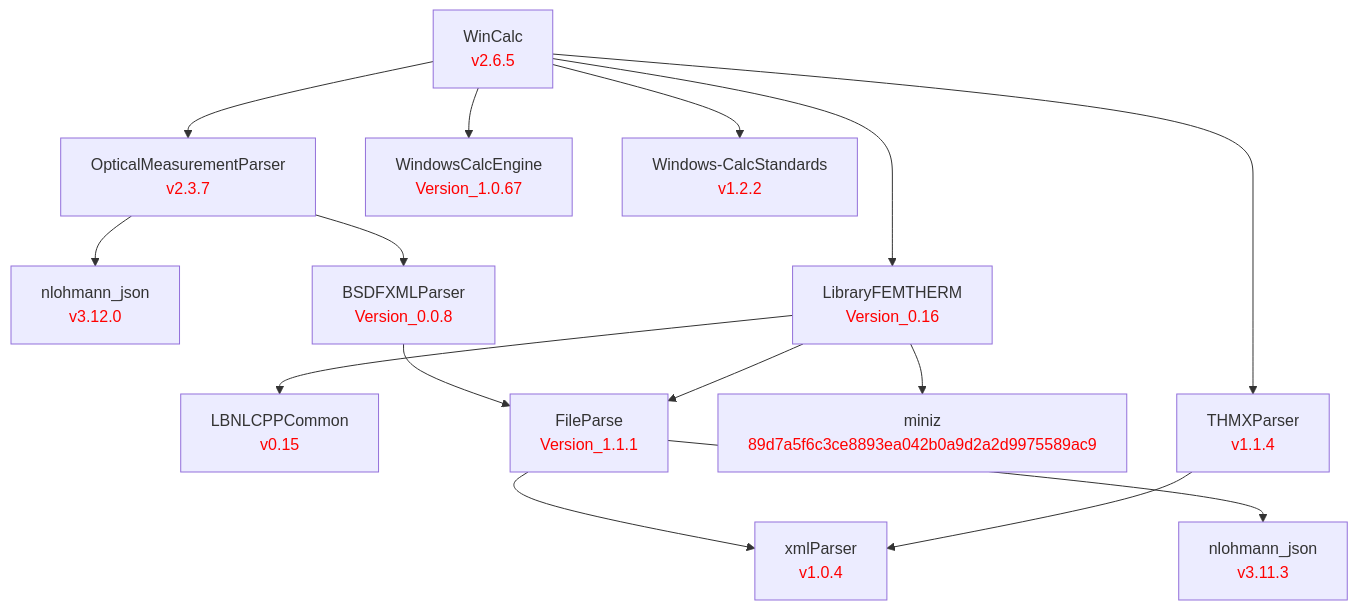
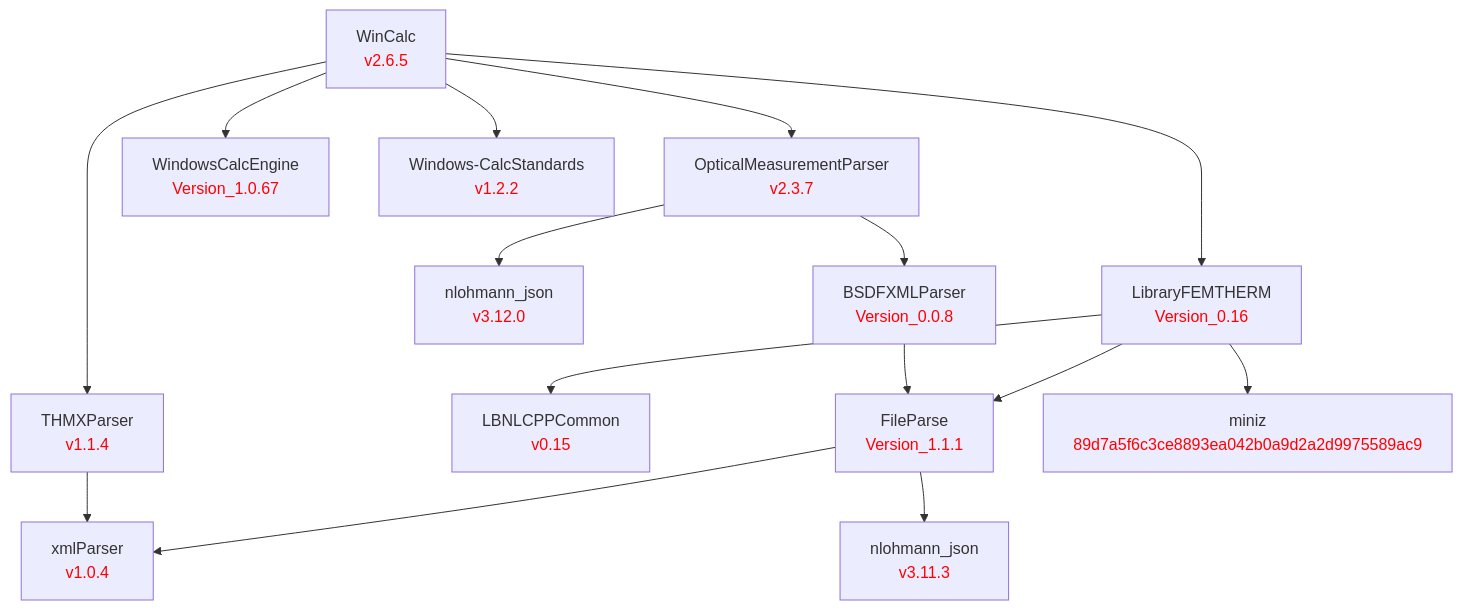
Before and after one commit to LBNL-ETA/WinCalc: the diagram in doc/WinCalc.md, drawn with Mermaid.

Commit message:
Improve dependency chart layout with level-based node ordering

````diff
--- a/doc/WinCalc.md
+++ b/doc/WinCalc.md
@@ -1,33 +1,49 @@
 ```mermaid
 graph TD
-    %% Package definitions
-    LBNLCPPCommon[LBNLCPPCommon<br/><font color='red'>v0.15</font>]
-    xmlParser[xmlParser<br/><font color='red'>v1.0.4</font>]
-    FileParse[FileParse<br/><font color='red'>Version_1.1.1</font>]
-    miniz[miniz<br/><font color='red'>89d7a5f6c3ce8893ea042b0a9d2a2d9975589ac9</font>]
+    %% Level 0
+    WinCalc[WinCalc<br/><font color='red'>v2.6.5</font>]
+
+    %% Level 1 - direct dependencies
     OpticalMeasurementParser[OpticalMeasurementParser<br/><font color='red'>v2.3.7</font>]
-    nlohmann_omp[nlohmann_json<br/><font color='red'>v3.12.0</font>]
-    nlohmann_fp[nlohmann_json<br/><font color='red'>v3.11.3</font>]
-    BSDFXMLParser[BSDFXMLParser<br/><font color='red'>Version_0.0.8</font>]
     THMXParser[THMXParser<br/><font color='red'>v1.1.4</font>]
     WindowsCalcEngine[WindowsCalcEngine<br/><font color='red'>Version_1.0.67</font>]
     Windows-CalcStandards[Windows-CalcStandards<br/><font color='red'>v1.2.2</font>]
     LibraryFEMTHERM[LibraryFEMTHERM<br/><font color='red'>Version_0.16</font>]
-    WinCalc[WinCalc<br/><font color='red'>v2.6.5</font>]
 
-    %% Package relations
+    %% Level 2
+    nlohmann_omp[nlohmann_json<br/><font color='red'>v3.12.0</font>]
+    BSDFXMLParser[BSDFXMLParser<br/><font color='red'>Version_0.0.8</font>]
+    LBNLCPPCommon[LBNLCPPCommon<br/><font color='red'>v0.15</font>]
+    FileParse[FileParse<br/><font color='red'>Version_1.1.1</font>]
+    miniz[miniz<br/><font color='red'>89d7a5f6c3ce8893ea042b0a9d2a2d9975589ac9</font>]
+
+    %% Level 3
+    xmlParser[xmlParser<br/><font color='red'>v1.0.4</font>]
+    nlohmann_fp[nlohmann_json<br/><font color='red'>v3.11.3</font>]
+
+    %% WinCalc dependencies
     WinCalc --> OpticalMeasurementParser
+    WinCalc --> THMXParser
+    WinCalc --> WindowsCalcEngine
+    WinCalc --> Windows-CalcStandards
+    WinCalc --> LibraryFEMTHERM
+
+    %% OpticalMeasurementParser dependencies
     OpticalMeasurementParser --> nlohmann_omp
     OpticalMeasurementParser --> BSDFXMLParser
+
+    %% LibraryFEMTHERM dependencies
+    LibraryFEMTHERM --> LBNLCPPCommon
+    LibraryFEMTHERM --> FileParse
+    LibraryFEMTHERM --> miniz
+
+    %% BSDFXMLParser dependencies
+    BSDFXMLParser --> FileParse
+
+    %% FileParse dependencies
     FileParse --> xmlParser
     FileParse --> nlohmann_fp
-    BSDFXMLParser --> FileParse
-    LibraryFEMTHERM --> FileParse
+
+    %% THMXParser dependencies
     THMXParser --> xmlParser
-    WinCalc --> THMXParser
-    WinCalc --> Windows-CalcStandards
-    WinCalc --> WindowsCalcEngine
-    LibraryFEMTHERM --> miniz
-    LibraryFEMTHERM --> LBNLCPPCommon
-    WinCalc --> LibraryFEMTHERM
 ```
````
